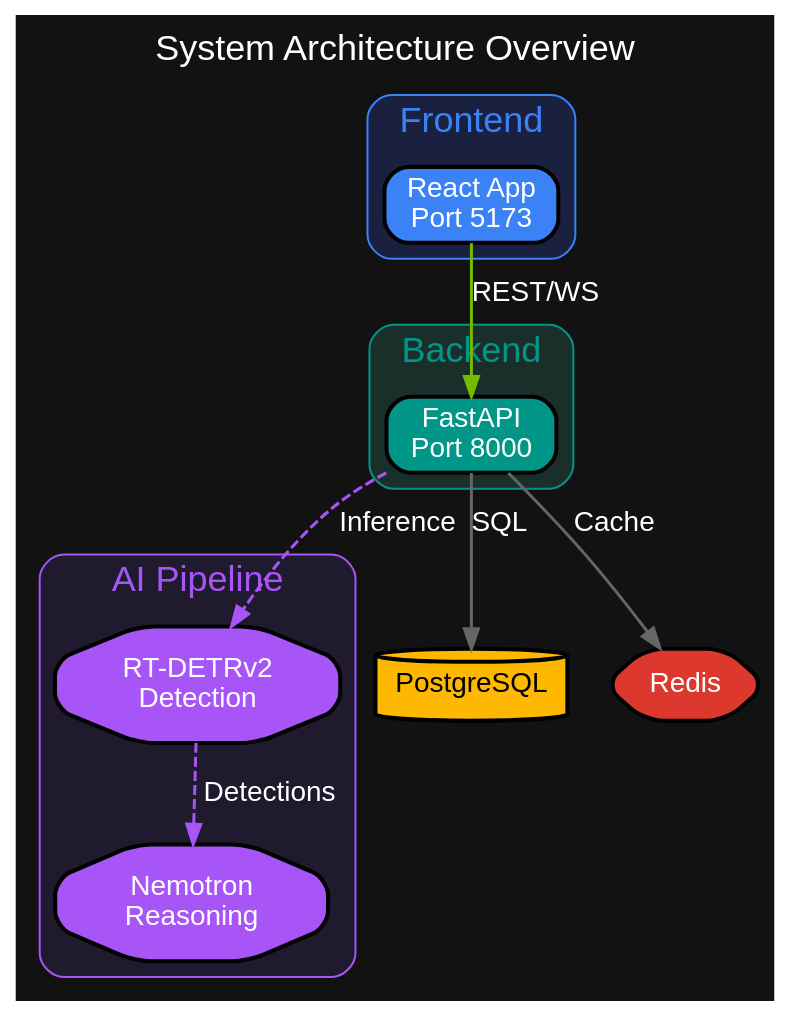
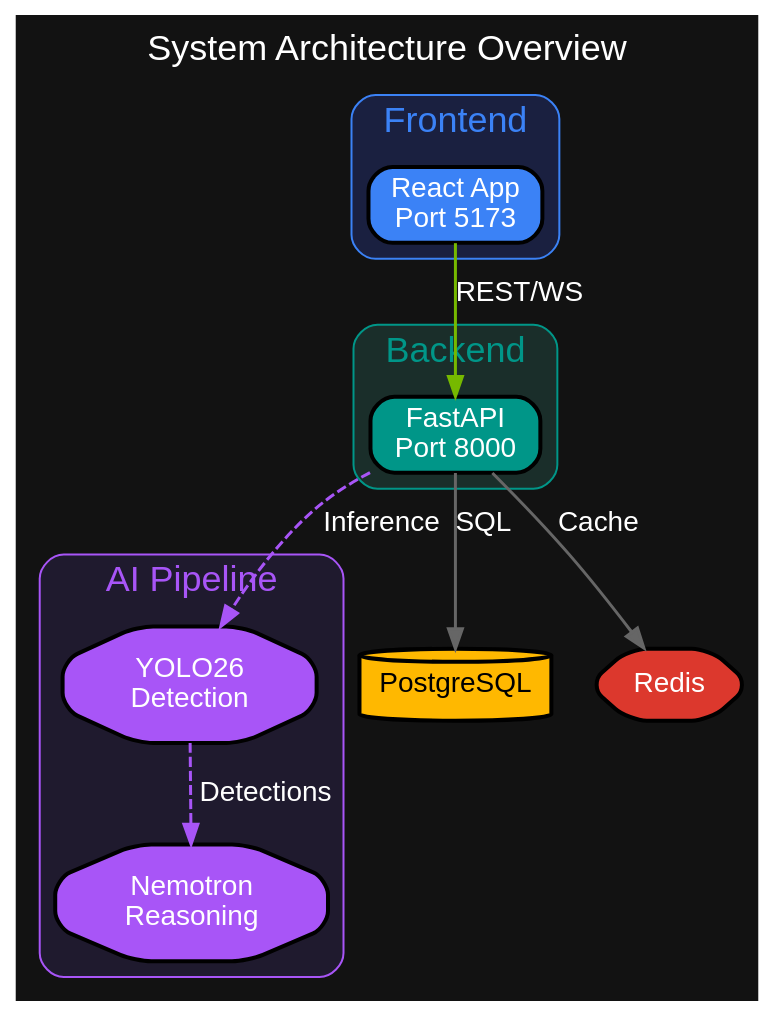
Diagram 19 of 21 in docs/images/style-guide.md (mikesvoboda/nemotron-v3-home-security-intelligence), drawn with Graphviz before and after one commit. The commit also changed other lines of this file and 474 other files, not shown here.

````diff
--- a/docs/images/style-guide.md
+++ b/docs/images/style-guide.md
@@ -663,60 +663,60 @@
 ```dot
 digraph SystemArchitecture {
     rankdir=TB;
     bgcolor="#121212";
     fontname="Helvetica";
     fontcolor="white";
     label="System Architecture Overview";
     fontsize=18;
     labelloc="t";
 
     node [fontname="Helvetica", fontcolor="white", style="filled,rounded",
           shape=box, penwidth=2];
     edge [fontname="Helvetica", fontcolor="white", color="#666666", penwidth=1.5];
 
     // Frontend
     subgraph cluster_frontend {
         label="Frontend";
         style="rounded,filled";
         color="#3B82F6";
         fillcolor="#1a2040";
         fontcolor="#3B82F6";
 
         REACT [label="React App\nPort 5173", fillcolor="#3B82F6"];
     }
 
     // Backend
     subgraph cluster_backend {
         label="Backend";
         style="rounded,filled";
         color="#009688";
         fillcolor="#1a2e2a";
         fontcolor="#009688";
 
         FASTAPI [label="FastAPI\nPort 8000", fillcolor="#009688"];
     }
 
     // AI
     subgraph cluster_ai {
         label="AI Pipeline";
         style="rounded,filled";
         color="#A855F7";
         fillcolor="#1f1a2e";
         fontcolor="#A855F7";
 
-        RTDETR [label="RT-DETRv2\nDetection", fillcolor="#A855F7", shape=octagon];
+        YOLO26 [label="YOLO26\nDetection", fillcolor="#A855F7", shape=octagon];
         NEMOTRON [label="Nemotron\nReasoning", fillcolor="#A855F7", shape=octagon];
     }
 
     // Data
     POSTGRES [label="PostgreSQL", fillcolor="#FFB800", fontcolor="black", shape=cylinder];
     REDIS [label="Redis", fillcolor="#DC382D", shape=hexagon];
 
     // Connections
     REACT -> FASTAPI [label="REST/WS", color="#76B900"];
     FASTAPI -> POSTGRES [label="SQL"];
     FASTAPI -> REDIS [label="Cache"];
-    FASTAPI -> RTDETR [label="Inference", style="dashed", color="#A855F7"];
-    RTDETR -> NEMOTRON [label="Detections", style="dashed", color="#A855F7"];
+    FASTAPI -> YOLO26 [label="Inference", style="dashed", color="#A855F7"];
+    YOLO26 -> NEMOTRON [label="Detections", style="dashed", color="#A855F7"];
 }
 ```
````
